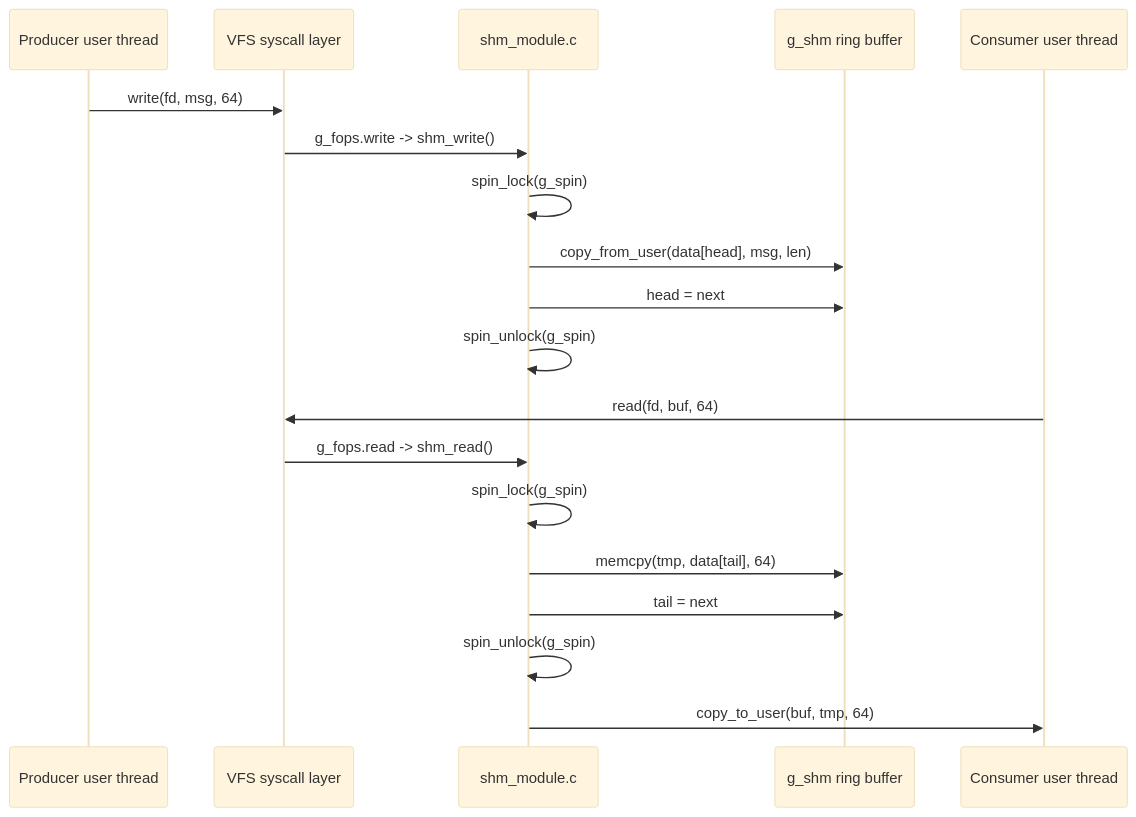
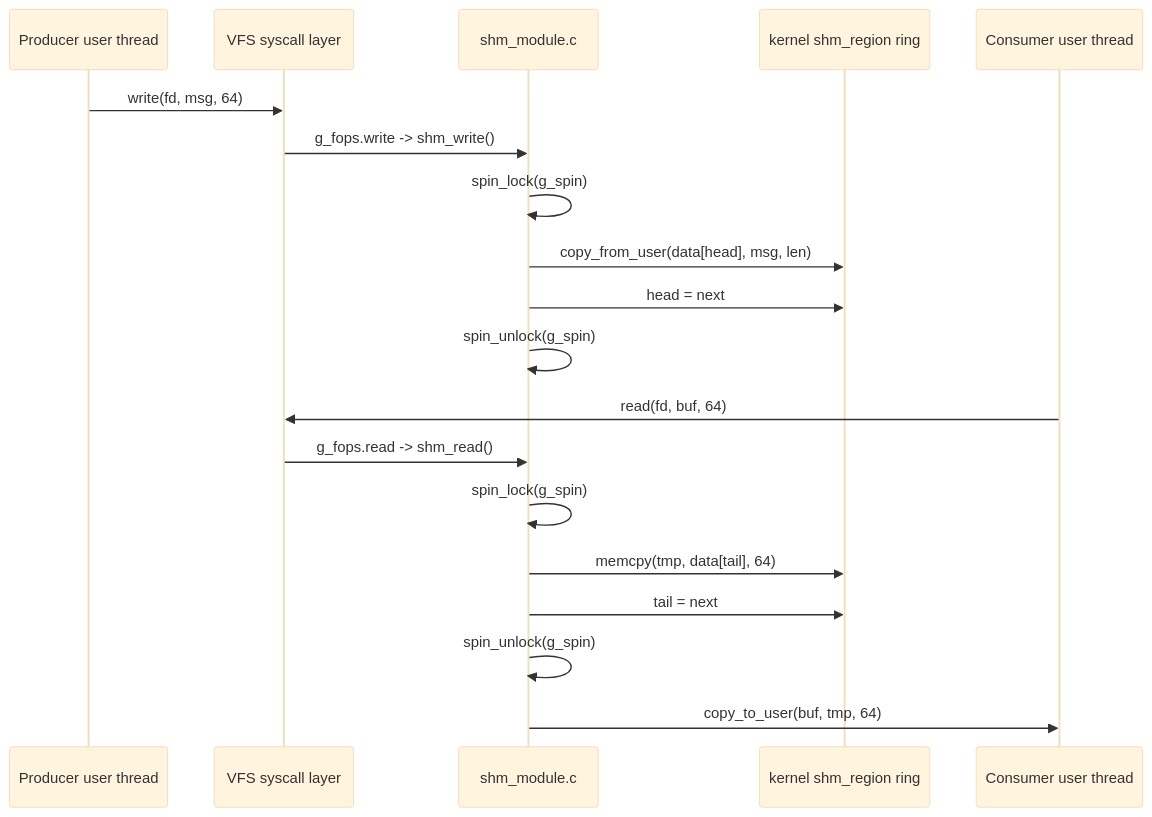
One commit to JiaChangGit/Linux-kernel changed the third of 4 diagrams in linux-ipc-benchmark/report_ipc_api.md. Above: the diagram before and after it, drawn with Mermaid (base theme). The commit also changed other lines of this file and 12 other files, not shown here.

````diff
--- a/linux-ipc-benchmark/report_ipc_api.md
+++ b/linux-ipc-benchmark/report_ipc_api.md
@@ -107,23 +123,23 @@
 ```mermaid
 sequenceDiagram
     participant P as Producer user thread
     participant V as VFS syscall layer
     participant S as shm_module.c
-    participant R as g_shm ring buffer
+    participant R as kernel shm_region ring
     participant C as Consumer user thread
 
     P->>V: write(fd, msg, 64)
     V->>S: g_fops.write -> shm_write()
     S->>S: spin_lock(g_spin)
     S->>R: copy_from_user(data[head], msg, len)
     S->>R: head = next
     S->>S: spin_unlock(g_spin)
 
     C->>V: read(fd, buf, 64)
     V->>S: g_fops.read -> shm_read()
     S->>S: spin_lock(g_spin)
     S->>R: memcpy(tmp, data[tail], 64)
     S->>R: tail = next
     S->>S: spin_unlock(g_spin)
     S->>C: copy_to_user(buf, tmp, 64)
 ```
````
